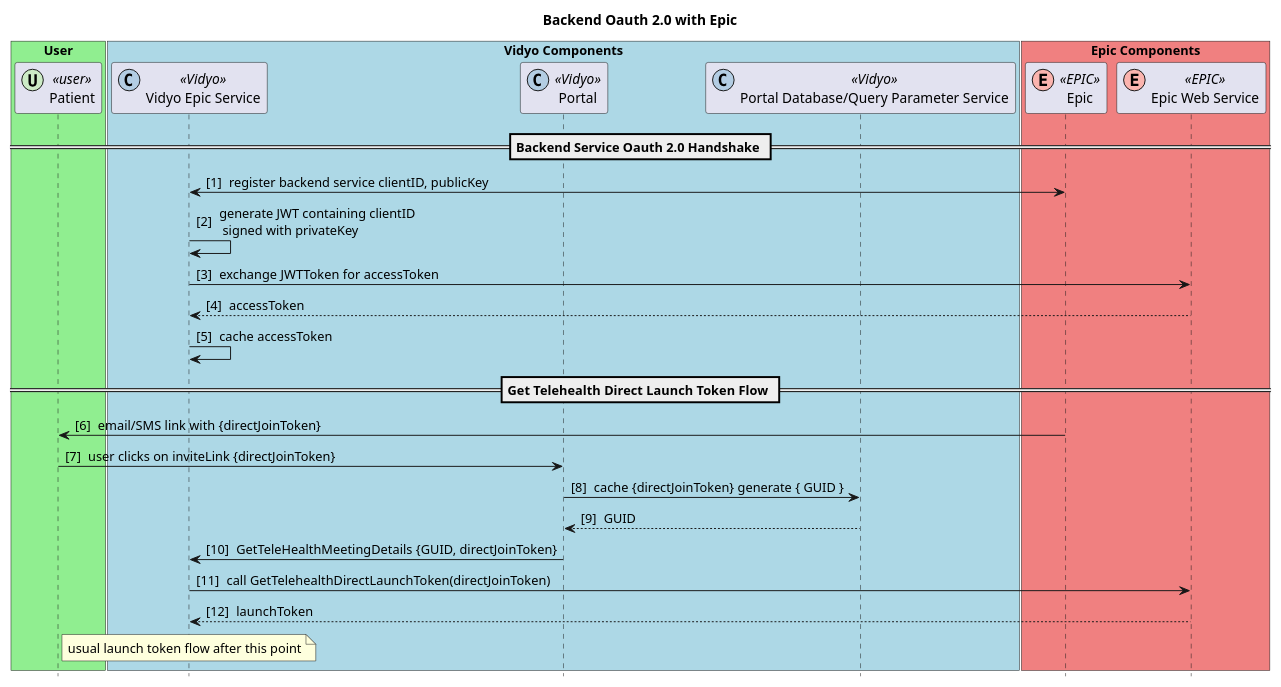
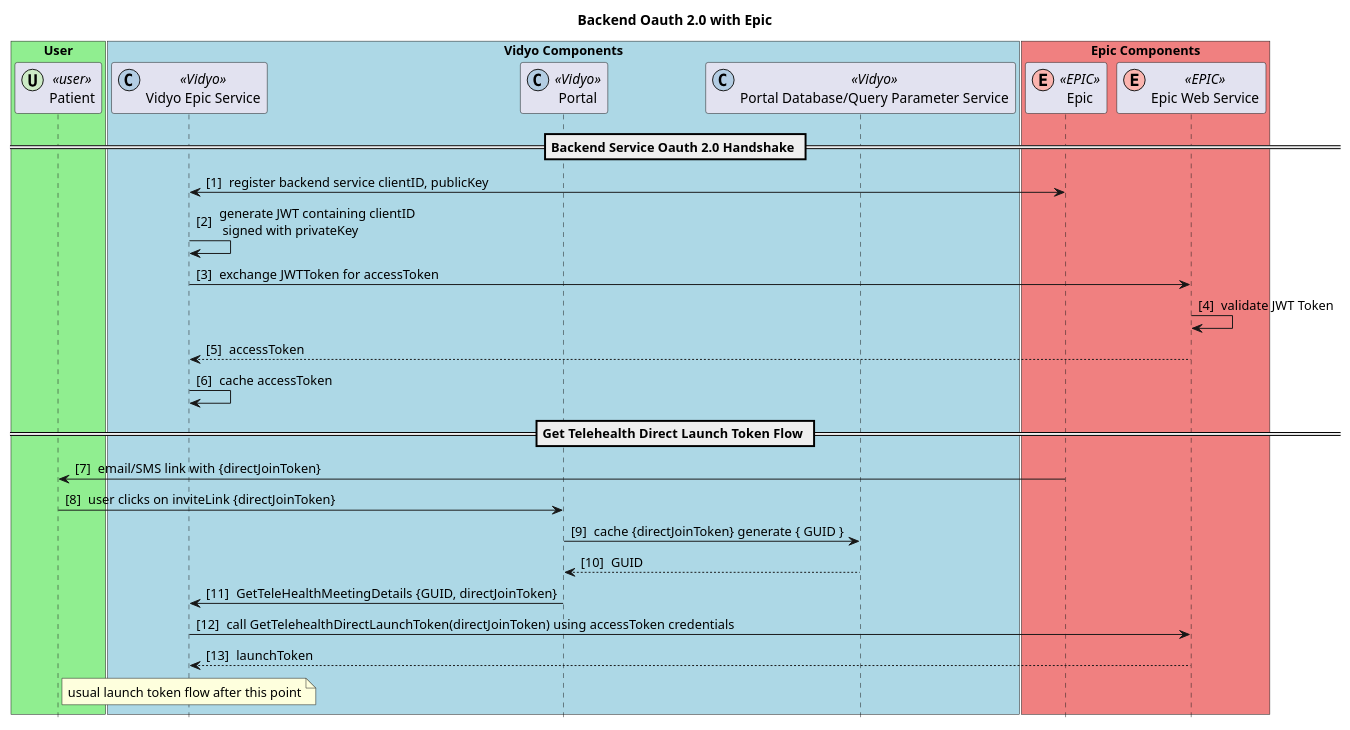
One commit to squashmeister99/architecture-viewer changed the diagram in docs/uml/source/getDirectLaunchToken.wsd. Above: the diagram before and after it, drawn with PlantUML. The commit also changed 3 other files, not shown here.

```diff
--- a/docs/uml/source/getDirectLaunchToken.wsd
+++ b/docs/uml/source/getDirectLaunchToken.wsd
@@ -1,41 +1,42 @@
 @startuml
 title "Backend Oauth 2.0 with Epic"
 hide footbox
 hide unlinked
 
 autonumber "[0] "
 
 box "User" #LightGreen
 participant "Patient" as Patient << (U, #ccebc5) user >>
 participant "Browser" as Browser << (U, #ccebc5) user >>
 end box
 
 box "Vidyo Components" #LightBlue
 participant "Vidyo Epic Service" as VidyoEpicService << (C, #b3cde3) Vidyo >>
 participant "Portal" as Portal << (C, #b3cde3) Vidyo >>
 participant "Portal Database/Query Parameter Service" as PortalDB << (C, #b3cde3) Vidyo >>
 participant "VidyoConnect App" as VidyoConnect << (C, #b3cde3  ) Vidyo >>
 end box
 
 box "Epic Components" #LightCoral
 participant "Epic" as Epic << (E, #fbb4ae) EPIC >>
 participant "Epic Web Service" as EPS << (E, #fbb4ae) EPIC >>
 end box
 
 ==Backend Service Oauth 2.0 Handshake ==
 VidyoEpicService<->Epic : register backend service clientID, publicKey
 VidyoEpicService->VidyoEpicService : generate JWT containing clientID \n signed with privateKey
 VidyoEpicService->EPS : exchange JWTToken for accessToken 
-return accessToken
+EPS->EPS : validate JWT Token
+VidyoEpicService<--EPS : accessToken
 VidyoEpicService->VidyoEpicService : cache accessToken
 
 == Get Telehealth Direct Launch Token Flow ==
 Epic->Patient: email/SMS link with {directJoinToken}
 Patient->Portal: user clicks on inviteLink {directJoinToken}
 Portal->PortalDB: cache {directJoinToken} generate { GUID }
 return GUID
 Portal->VidyoEpicService: GetTeleHealthMeetingDetails {GUID, directJoinToken}
-VidyoEpicService->EPS : call GetTelehealthDirectLaunchToken(directJoinToken)
+VidyoEpicService->EPS : call GetTelehealthDirectLaunchToken(directJoinToken) using accessToken credentials
 return launchToken 
 note over VidyoEpicService : usual launch token flow after this point
 @enduml
```
